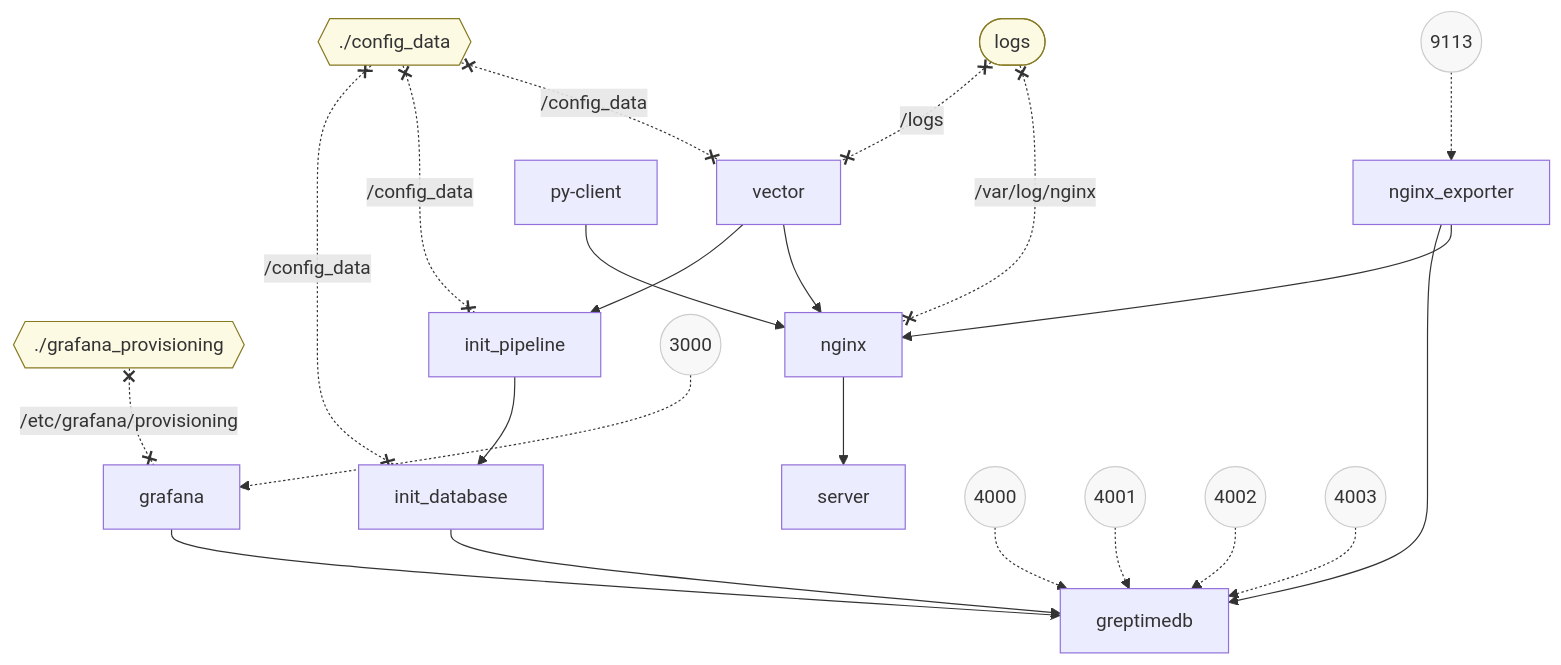
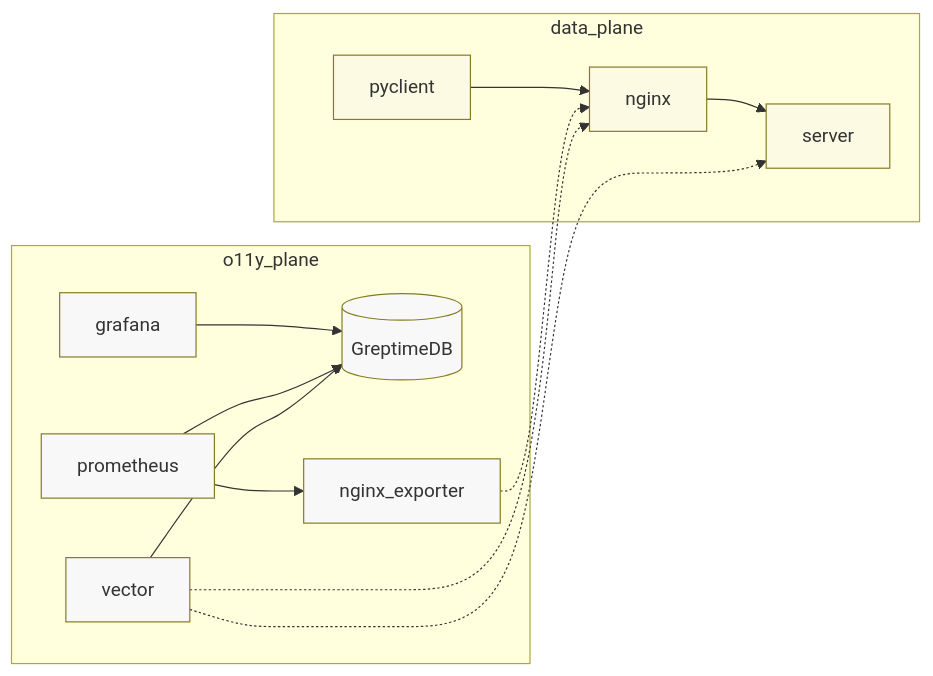
One commit to GreptimeTeam/demo-scene changed the diagram in nginx-log-metrics/README.md. Above: the diagram before and after it, drawn with Mermaid. The commit also changed other lines of this file and 1 other file, not shown here.

Commit message:
docs: update readme for nginx example (#23)

````diff
--- a/nginx-log-metrics/README.md
+++ b/nginx-log-metrics/README.md
@@ -16,29 +65,24 @@
 ```mermaid
-flowchart TB
-  Vgrafanaprovisioning{{./grafana_provisioning}} x-. /etc/grafana/provisioning .-x grafana
-  Vconfigdata{{./config_data}} x-. /config_data .-x initdatabase[init_database]
-  Vconfigdata x-. /config_data .-x initpipeline[init_pipeline]
-  Vconfigdata x-. /config_data .-x vector
-  Vlogs([logs]) x-. /logs .-x vector
-  Vlogs x-. /var/log/nginx .-x nginx
+flowchart LR
+  greptimedb[(GreptimeDB)]
+
+  subgraph data_plane
+  pyclient --> nginx
+  nginx --> server
+  end
+
+  subgraph o11y_plane
   grafana --> greptimedb
-  initdatabase --> greptimedb
-  initpipeline --> initdatabase
-  nginx --> server
-  nginxexporter[nginx_exporter] --> greptimedb
-  nginxexporter --> nginx
-  pyclient[py-client] --> nginx
-  vector --> initpipeline
-  vector --> nginx
-  P0((4000)) -.-> greptimedb
-  P1((4001)) -.-> greptimedb
-  P2((4002)) -.-> greptimedb
-  P3((4003)) -.-> greptimedb
-  P4((3000)) -.-> grafana
-  P5((9113)) -.-> nginxexporter
+  nginx_exporter -.-> nginx
+  prometheus --> nginx_exporter
+  prometheus --> greptimedb
+  vector -.-> nginx
+  vector -.-> server
+  vector --> greptimedb
+  end
 
-  classDef volumes fill:#fdfae4,stroke:#867a22
-  class Vgrafanaprovisioning,Vconfigdata,Vconfigdata,Vconfigdata,Vlogs,Vnginxconfnginxconf,Vlogs,Vconfigdataprometheusgreptimedbyml volumes
-  classDef ports fill:#f8f8f8,stroke:#ccc
-  class P0,P1,P2,P3,P4,P5 ports
+  classDef dataplane fill:#fdfae4,stroke:#867a22
+  class nginx,pyclient,server dataplane
+  classDef o11yplane fill:#f8f8f8,stroke:#867a22
+  class greptimedb,grafana,nginx_exporter,prometheus,vector o11yplane
 ```
````
